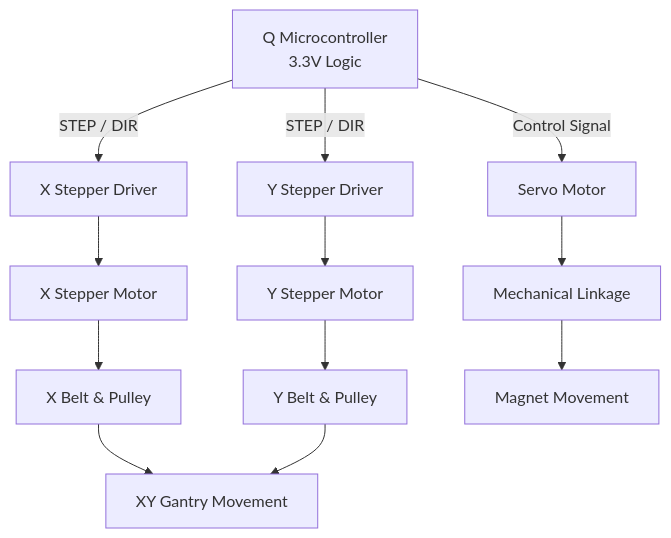
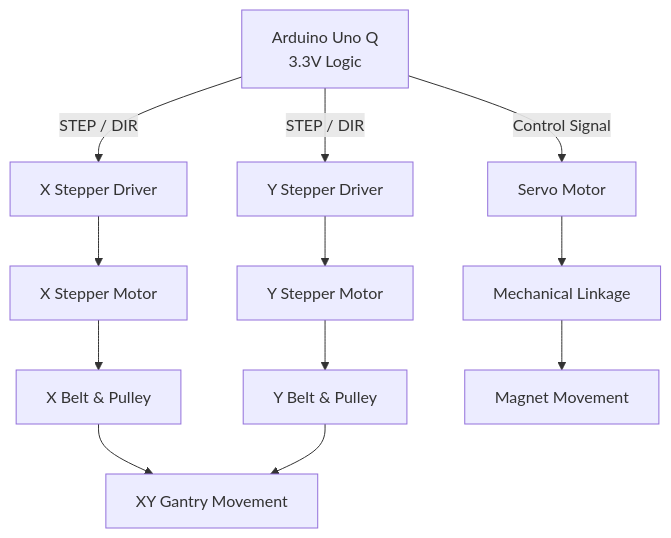
Before and after one commit to uscmakers/CP3AI: the diagram in BasicGantrySystem.md, drawn with Mermaid. The commit also changed other lines of this file, not shown here.

Commit message:
Updating microcontroller to AUQ + removing filler

````diff
--- a/BasicGantrySystem.md
+++ b/BasicGantrySystem.md
@@ -32,20 +32,20 @@
 ```mermaid
 flowchart TD
-    A["Q Microcontroller<br/>3.3V Logic"]
+    A["Arduino Uno Q<br/>3.3V Logic"]
 
     A -->|STEP / DIR| B["X Stepper Driver"]
     A -->|STEP / DIR| C["Y Stepper Driver"]
     A -->|Control Signal| D["Servo Motor"]
 
     B --> E["X Stepper Motor"]
     C --> F["Y Stepper Motor"]
 
     E --> G["X Belt & Pulley"]
     F --> H["Y Belt & Pulley"]
 
     G --> I["XY Gantry Movement"]
     H --> I
 
     D --> J["Mechanical Linkage"]
     J --> K["Magnet Movement"]
 ```
````
